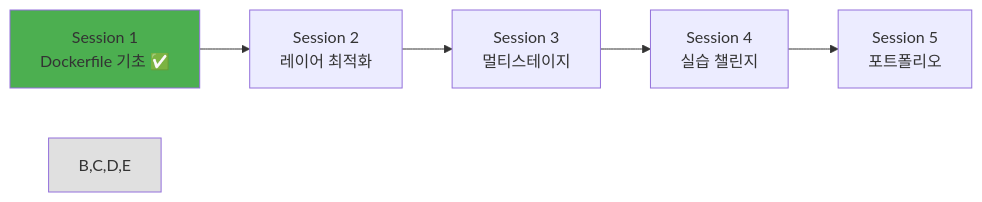
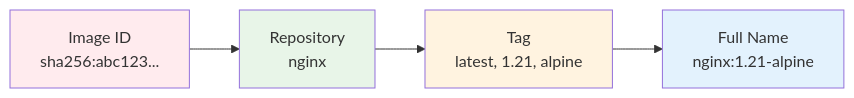
One commit to niceguy61/kdt_devops_lecture_2025 changed the second of 3 diagrams in theory/week_01/day3/session_1.md. Above: the diagram before and after it, drawn with Mermaid. The commit also changed other lines of this file and 26 other files, not shown here.

````diff
--- a/theory/week_01/day3/session_1.md
+++ b/theory/week_01/day3/session_1.md
@@ -301,10 +72,11 @@
 ```mermaid
 graph LR
-    A[Session 1<br/>Dockerfile 기초 ✅] --> B[Session 2<br/>레이어 최적화]
-    B --> C[Session 3<br/>멀티스테이지]
-    C --> D[Session 4<br/>실습 챌린지]
-    D --> E[Session 5<br/>포트폴리오]
+    A[Image ID<br/>sha256:abc123...] --> B[Repository<br/>nginx]
+    B --> C[Tag<br/>latest, 1.21, alpine]
+    C --> D[Full Name<br/>nginx:1.21-alpine]
     
-    style A fill:#4caf50
-    style B,C,D,E fill:#e0e0e0
+    style A fill:#ffebee
+    style B fill:#e8f5e8
+    style C fill:#fff3e0
+    style D fill:#e3f2fd
 ```
````
